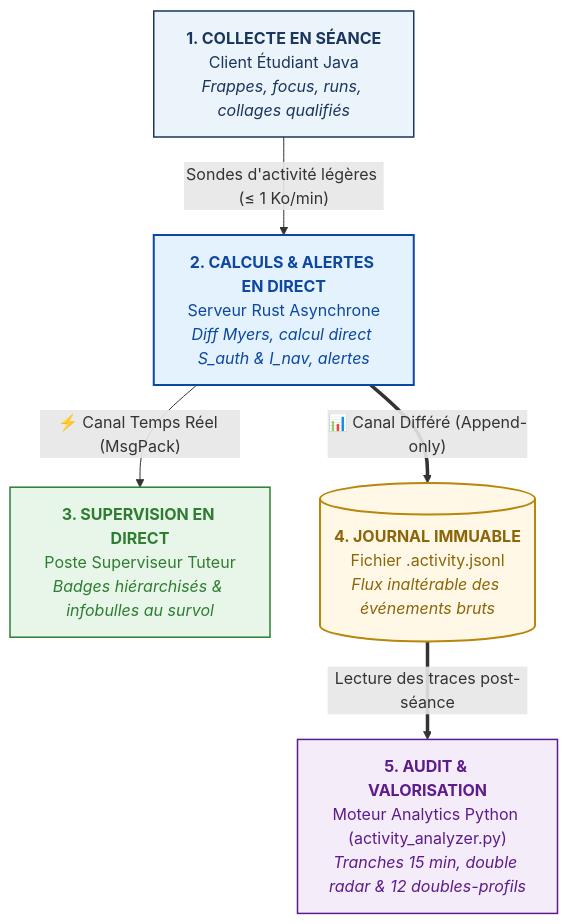
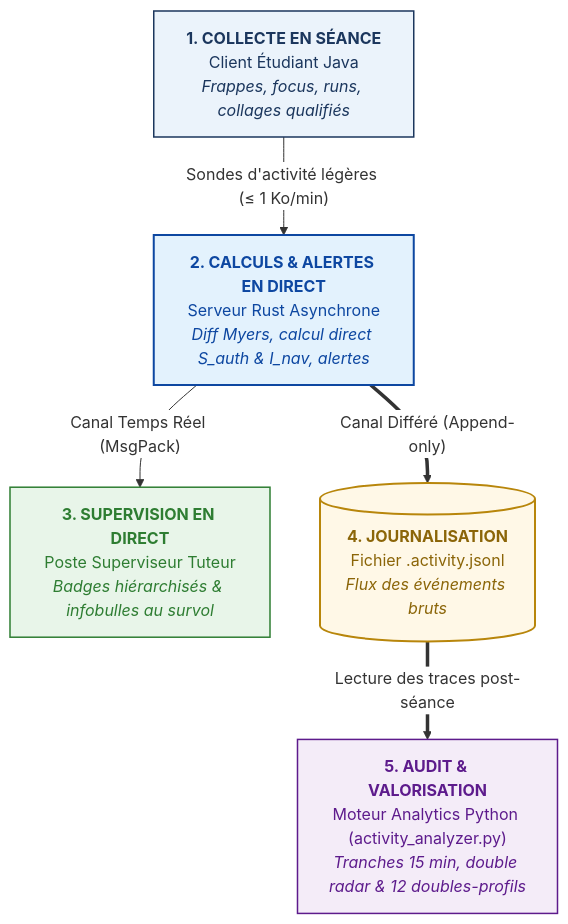
Before and after one commit to jlehuen/CodeLab: the first of 5 diagrams in docs/ACTIVITY_TRACKING.md, drawn with Mermaid. The commit also changed other lines of this file and 1 other file, not shown here.

Commit message:
docs: configuration du fond blanc pur pour les labels de transitions dans les diagrammes Mermaid

````diff
--- a/docs/ACTIVITY_TRACKING.md
+++ b/docs/ACTIVITY_TRACKING.md
@@ -22,23 +22,24 @@
 ```mermaid
+%%{init: {'themeVariables': { 'edgeLabelBackground': '#ffffff', 'tertiaryColor': '#ffffff' }}}%%
 flowchart TD
     E["<b>1. COLLECTE EN SÉANCE</b><br/>Client Étudiant Java<br/><i>Frappes, focus, runs, collages qualifiés</i>"]
     -->|"Sondes d'activité légères (≤ 1 Ko/min)"| S["<b>2. CALCULS &amp; ALERTES EN DIRECT</b><br/>Serveur Rust Asynchrone<br/><i>Diff Myers, calcul direct S_auth &amp; I_nav, alertes</i>"]
 
-    S -->|"⚡ Canal Temps Réel (MsgPack)"| T["<b>3. SUPERVISION EN DIRECT</b><br/>Poste Superviseur Tuteur<br/><i>Badges hiérarchisés &amp; infobulles au survol</i>"]
+    S -->|"Canal Temps Réel (MsgPack)"| T["<b>3. SUPERVISION EN DIRECT</b><br/>Poste Superviseur Tuteur<br/><i>Badges hiérarchisés &amp; infobulles au survol</i>"]
 
-    S ==>|"📊 Canal Différé (Append-only)"| J[("<b>4. JOURNAL IMMUABLE</b><br/>Fichier .activity.jsonl<br/><i>Flux inaltérable des événements bruts</i>")]
+    S ==>|"Canal Différé (Append-only)"| J[("<b>4. JOURNALISATION</b><br/>Fichier .activity.jsonl<br/><i>Flux des événements bruts</i>")]
 
     J ==>|"Lecture des traces post-séance"| A["<b>5. AUDIT &amp; VALORISATION</b><br/>Moteur Analytics Python (activity_analyzer.py)<br/><i>Tranches 15 min, double radar &amp; 12 doubles-profils</i>"]
 
     classDef client fill:#EBF3FB,stroke:#1B365D,stroke-width:1.5px,color:#1B365D;
     classDef server fill:#E3F2FD,stroke:#0D47A1,stroke-width:2px,color:#0D47A1;
     classDef tuteur fill:#E8F5E9,stroke:#2E7D32,stroke-width:1.5px,color:#2E7D32;
     classDef journal fill:#FFF8E7,stroke:#B8860B,stroke-width:2px,color:#8B6508;
     classDef audit fill:#F4ECF8,stroke:#5D1B8C,stroke-width:1.5px,color:#5D1B8C;
 
     class E client;
     class S server;
     class T tuteur;
     class J journal;
     class A audit;
 ```
````
